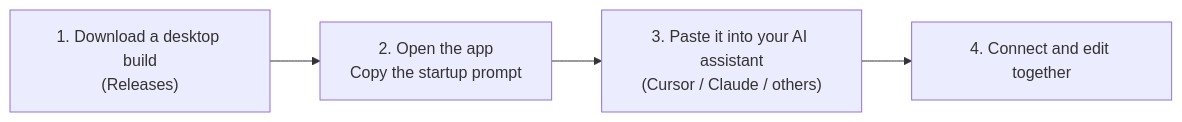
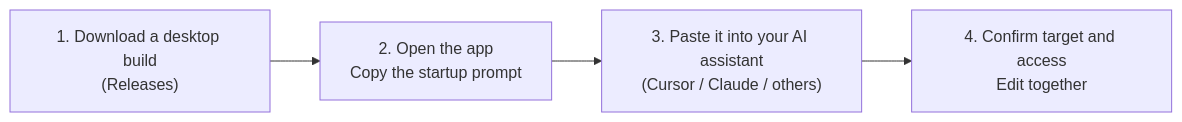
One commit to yuchen-ya/reelterminal changed the first of 2 diagrams in README_en.md. Above: the diagram before and after it, drawn with Mermaid. The commit also changed other lines of this file and 1 other file, not shown here.

````diff
--- a/README_en.md
+++ b/README_en.md
@@ -56,4 +56,4 @@
 ```mermaid
 flowchart LR
-    A["1. Download a desktop build<br>(Releases)"] --> B["2. Open the app<br>Copy the startup prompt"] --> C["3. Paste it into your AI assistant<br>(Cursor / Claude / others)"] --> D["4. Connect and edit together"]
+    A["1. Download a desktop build<br>(Releases)"] --> B["2. Open the app<br>Copy the startup prompt"] --> C["3. Paste it into your AI assistant<br>(Cursor / Claude / others)"] --> D["4. Confirm target and access<br>Edit together"]
 ```
````
